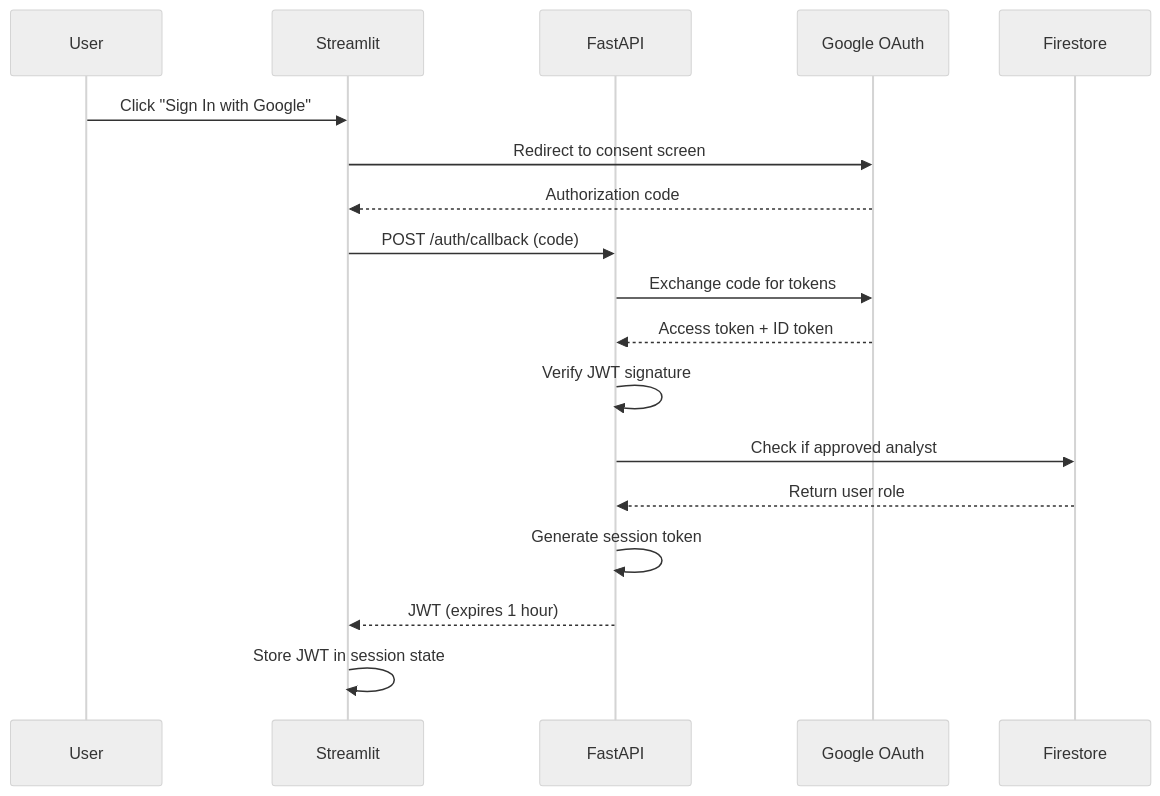
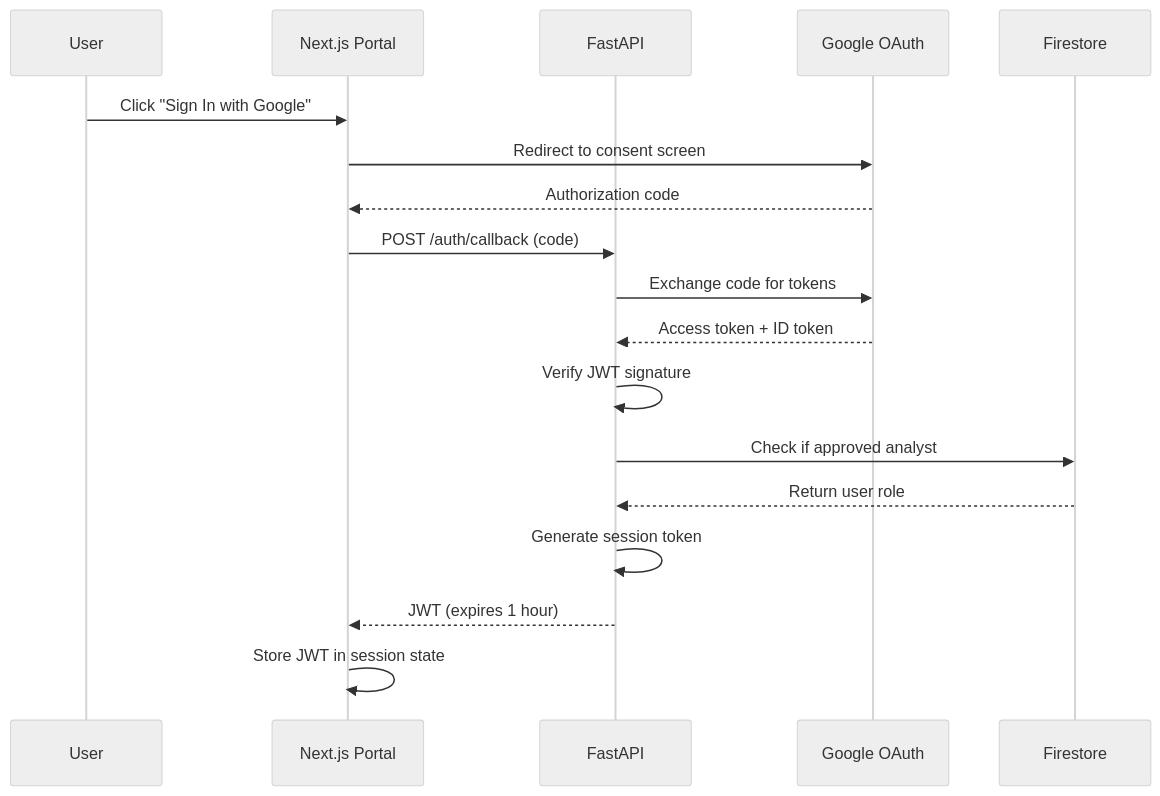
One commit to jsoung/i4g changed the third of 3 diagrams in docs/tdd.md. Above: the diagram before and after it, drawn with Mermaid (neutral theme). The commit also changed other lines of this file and 9 other files, not shown here.

````diff
--- a/docs/tdd.md
+++ b/docs/tdd.md
@@ -432,20 +436,20 @@
 ```mermaid
 sequenceDiagram
     participant U as User
-    participant Web as Streamlit
+  participant Portal as Next.js Portal
     participant API as FastAPI
     participant Google as Google OAuth
 
-    U->>Web: Click "Sign In with Google"
-    Web->>Google: Redirect to consent screen
-    Google-->>Web: Authorization code
-    Web->>API: POST /auth/callback (code)
+  U->>Portal: Click "Sign In with Google"
+  Portal->>Google: Redirect to consent screen
+  Google-->>Portal: Authorization code
+  Portal->>API: POST /auth/callback (code)
     API->>Google: Exchange code for tokens
     Google-->>API: Access token + ID token
     API->>API: Verify JWT signature
     API->>Firestore: Check if approved analyst
     Firestore-->>API: Return user role
     API->>API: Generate session token
-    API-->>Web: JWT (expires 1 hour)
-    Web->>Web: Store JWT in session state
+  API-->>Portal: JWT (expires 1 hour)
+  Portal->>Portal: Store JWT in session state
 ```
````
